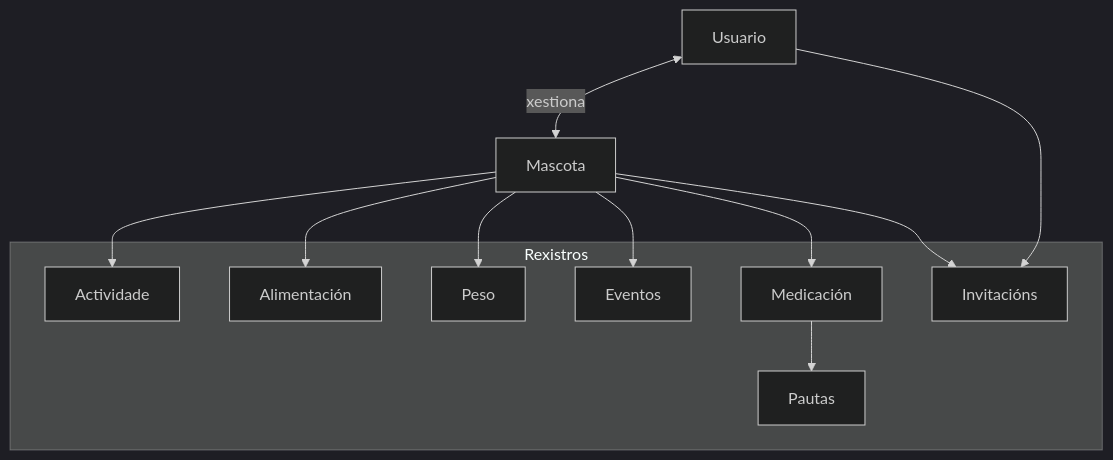
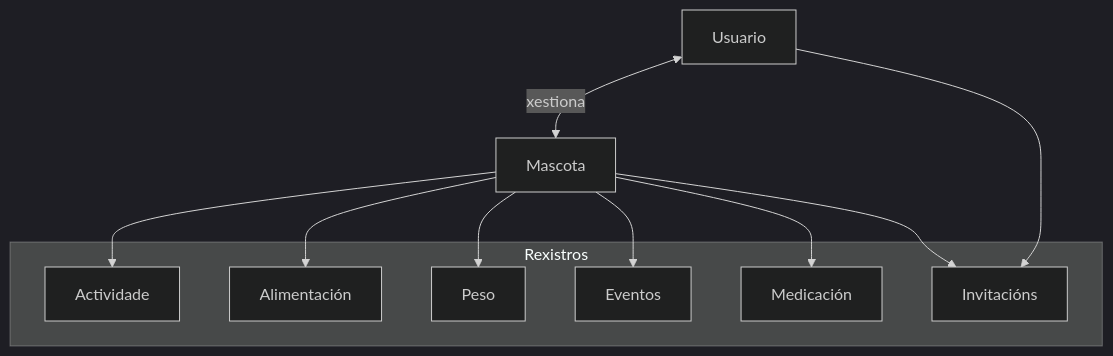
Before and after one commit to martinmgd/PetCare: the first of 5 diagrams in doc/templates/5_deseño.md, drawn with Mermaid (dark theme). The commit also changed other lines of this file and 9 other files, not shown here.

````diff
--- a/doc/templates/5_deseño.md
+++ b/doc/templates/5_deseño.md
@@ -28,28 +28,26 @@
 ```mermaid
 flowchart TB
 
 Usuario[Usuario]
 Mascota[Mascota]
 
 subgraph Rexistros
 A[Actividade]
 AL[Alimentación]
 P[Peso]
 E[Eventos]
 ME[Medicación]
-PA[Pautas]
 I[Invitacións]
 end
 
 Usuario <-->|xestiona| Mascota
 
 Mascota --> A
 Mascota --> AL
 Mascota --> P
 Mascota --> E
 Mascota --> ME
-ME --> PA
 
 Mascota --> I
 Usuario --> I
 ```
````
